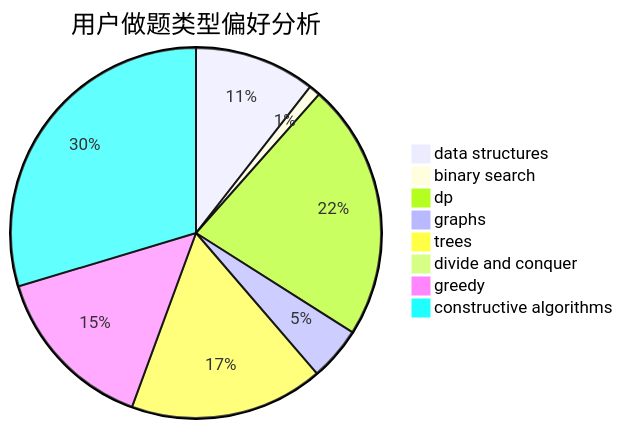
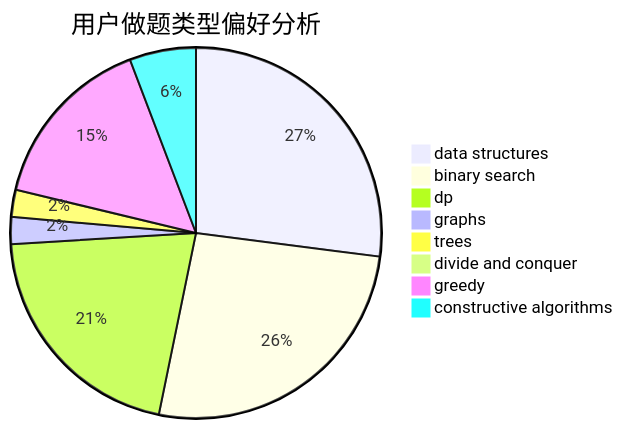
Before and after one commit to sherpahu/cfrs.github.io: the second of 3 diagrams in docs/user/u1978.md, drawn with Mermaid. The commit also changed other lines of this file and 2770 other files, not shown here.

````diff
--- a/docs/user/u1978.md
+++ b/docs/user/u1978.md
@@ -23,11 +23,11 @@
 ```mermaid
 pie title 用户做题类型偏好分析
-    "data structures" :  63
-    "binary search" :  6
-    "dp" :  134
-    "graphs" :  28
-    "trees" :  101
+    "data structures" :  126
+    "binary search" :  122
+    "dp" :  97
+    "graphs" :  11
+    "trees" :  11
     "divide and conquer" :  0
-    "greedy" :  88
-    "constructive algorithms" :  177
+    "greedy" :  72
+    "constructive algorithms" :  27
 ```
````
